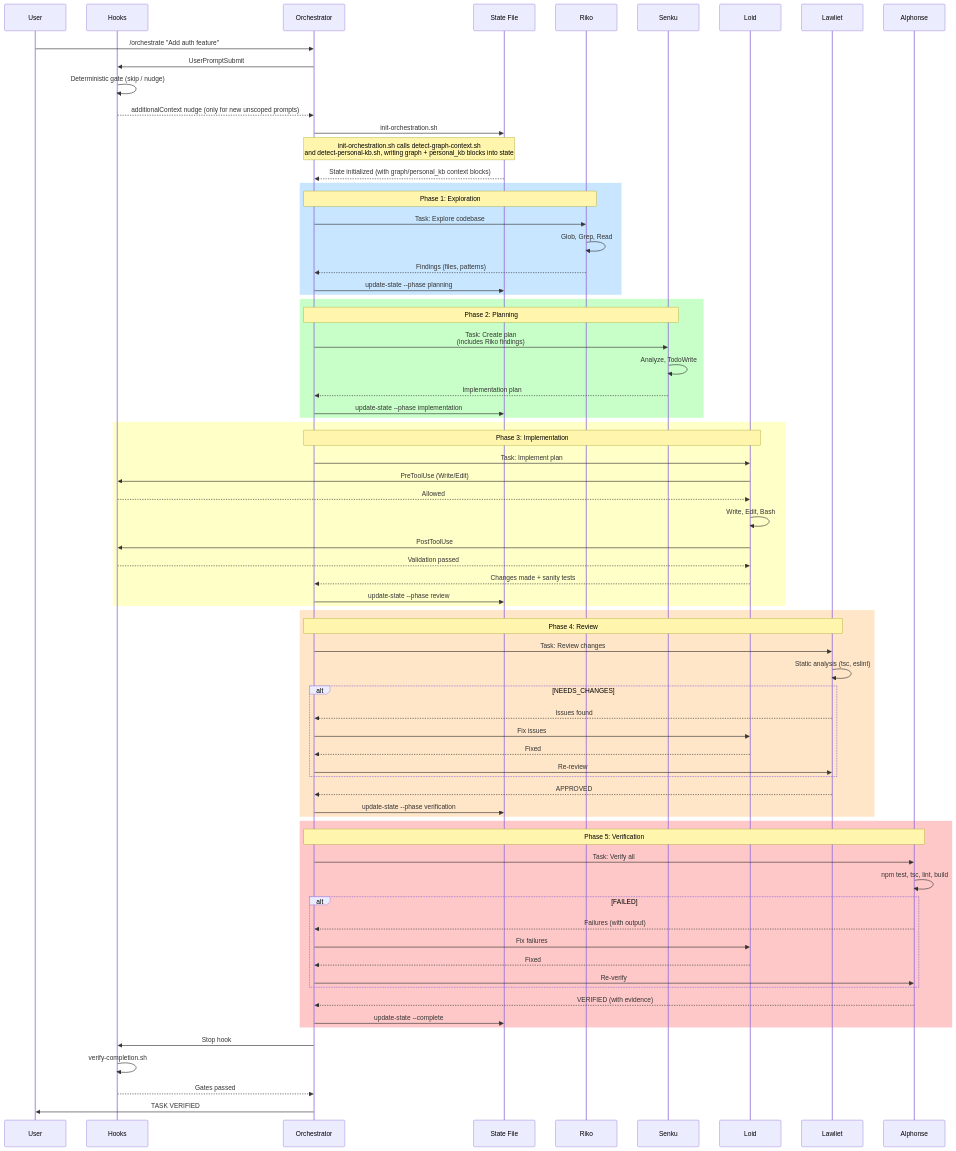
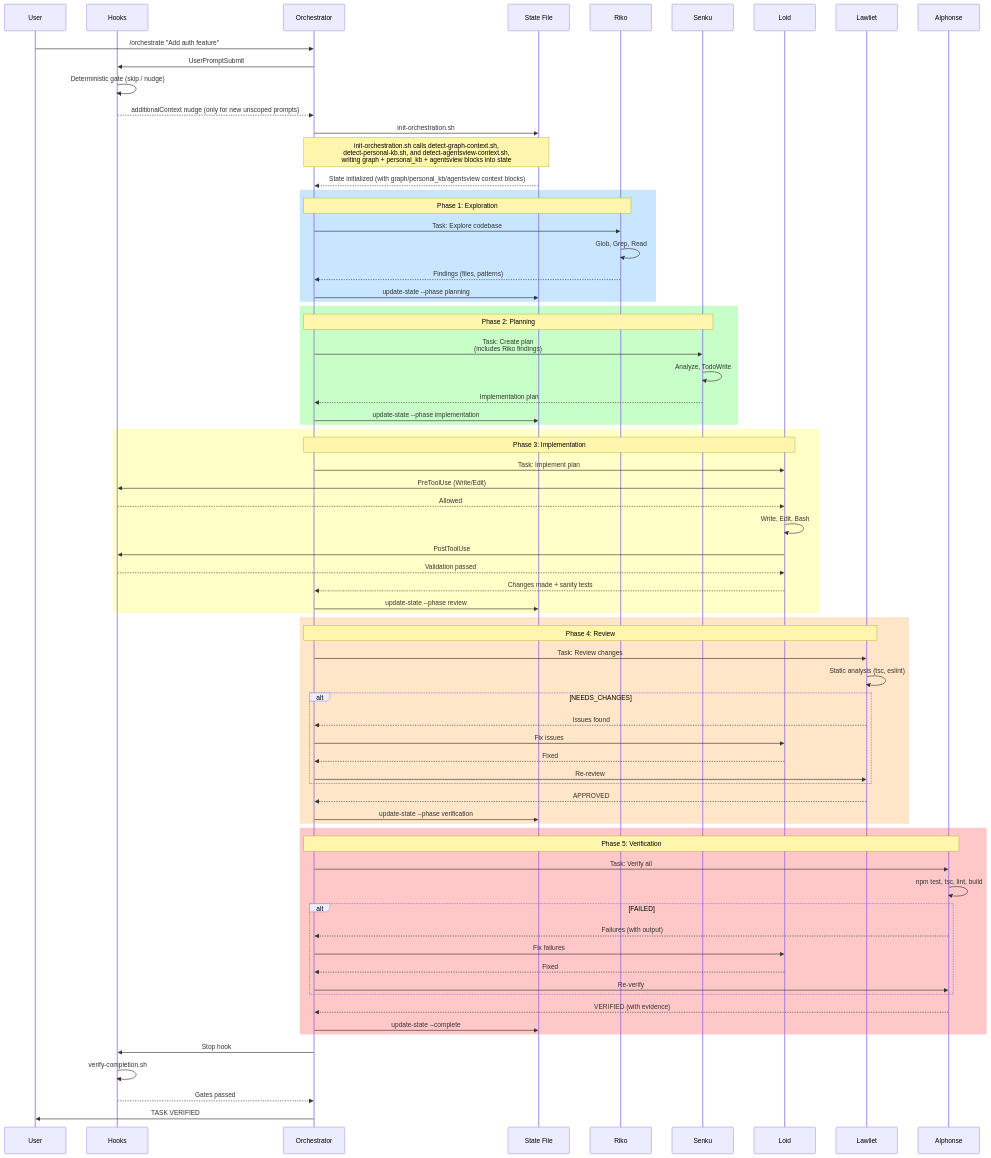
Before and after one commit to josix/agent-flow: the first of 9 diagrams in docs/architecture/data-flows.md, drawn with Mermaid. The commit also changed other lines of this file and 26 other files, not shown here.

```diff
--- a/docs/architecture/data-flows.md
+++ b/docs/architecture/data-flows.md
@@ -24,8 +24,8 @@
     H->>H: Deterministic gate (skip / nudge)
     H-->>O: additionalContext nudge (only for new unscoped prompts)
     O->>ST: init-orchestration.sh
-    Note over O,ST: init-orchestration.sh calls detect-graph-context.sh<br/>and detect-personal-kb.sh, writing graph + personal_kb blocks into state
-    ST-->>O: State initialized (with graph/personal_kb context blocks)
+    Note over O,ST: init-orchestration.sh calls detect-graph-context.sh,<br/>detect-personal-kb.sh, and detect-agentsview-context.sh,<br/>writing graph + personal_kb + agentsview blocks into state
+    ST-->>O: State initialized (with graph/personal_kb/agentsview context blocks)
 
     %% Phase 1: Exploration
     rect rgb(200, 230, 255)
```
